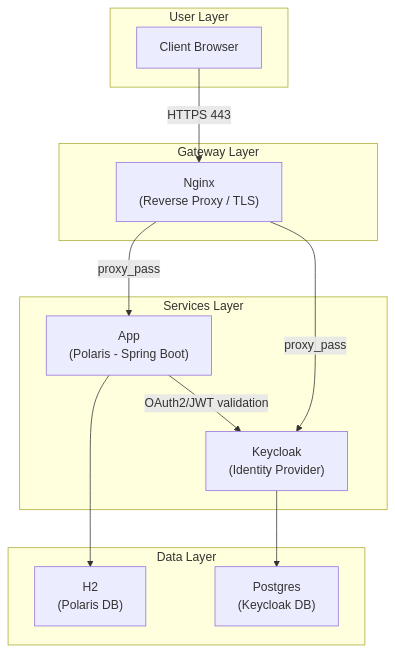
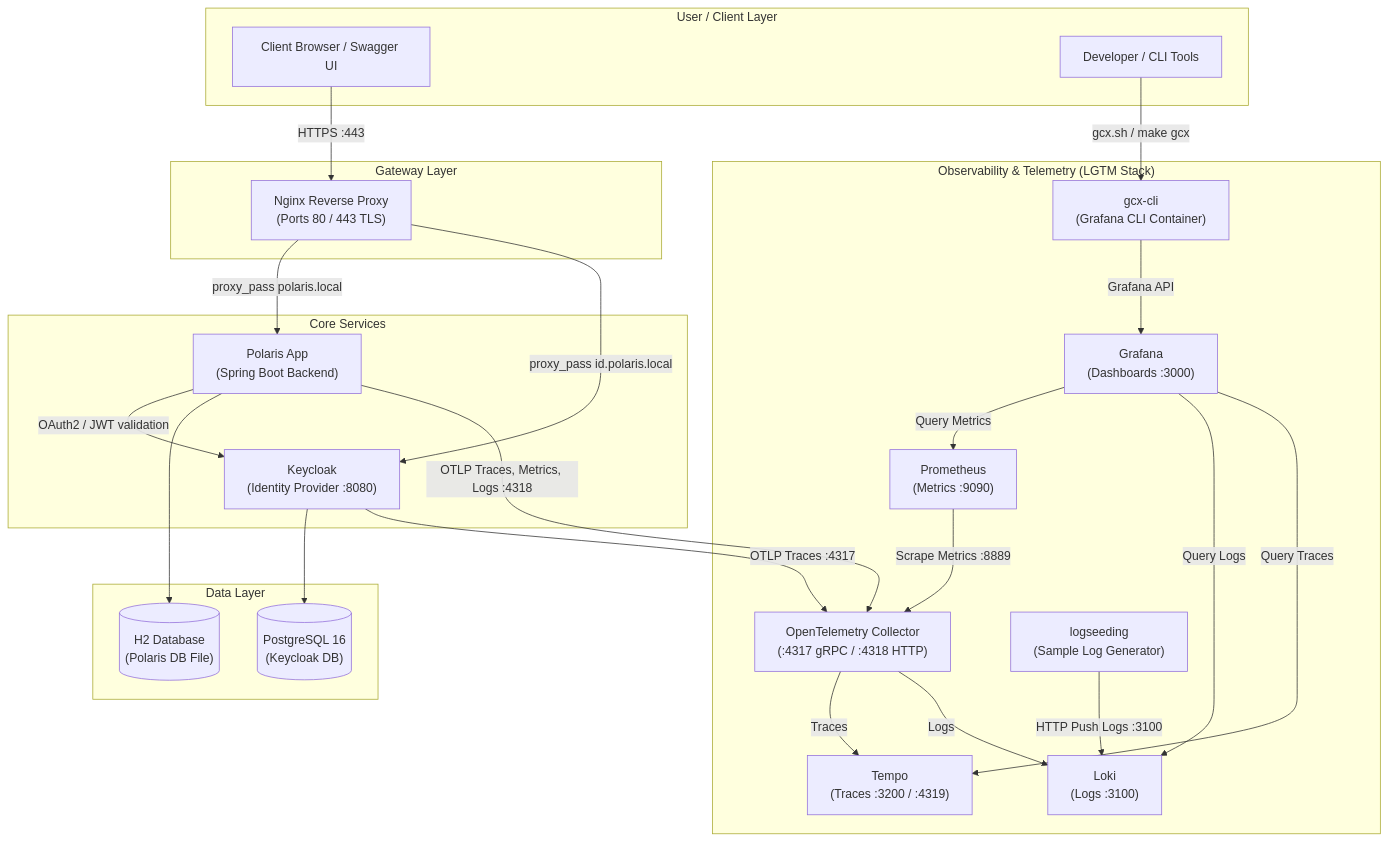
One commit to vungdv/hometask1 changed the diagram in src/java/03-Polaris/README.md. Above: the diagram before and after it, drawn with Mermaid. The commit also changed other lines of this file and 1 other file, not shown here.

Commit message:
gcx script for trace.

````diff
--- a/src/java/03-Polaris/README.md
+++ b/src/java/03-Polaris/README.md
@@ -14,27 +18,53 @@
 ```mermaid
 flowchart TB
-    subgraph L1["User Layer"]
-        Browser["Client Browser"]
+    subgraph L1["User / Client Layer"]
+        Browser["Client Browser / Swagger UI"]
+        DevCLI["Developer / CLI Tools"]
     end
 
     subgraph L2["Gateway Layer"]
-        Nginx["Nginx<br/>(Reverse Proxy / TLS)"]
+        Nginx["Nginx Reverse Proxy<br/>(Ports 80 / 443 TLS)"]
     end
 
-    subgraph L3["Services Layer"]
-        App["App<br/>(Polaris - Spring Boot)"]
-        Keycloak["Keycloak<br/>(Identity Provider)"]
+    subgraph L3["Core Services"]
+        App["Polaris App<br/>(Spring Boot Backend)"]
+        Keycloak["Keycloak<br/>(Identity Provider :8080)"]
     end
 
     subgraph L4["Data Layer"]
-        H2["H2<br/>(Polaris DB)"]
-        Postgres["Postgres<br/>(Keycloak DB)"]
+        H2[("H2 Database<br/>(Polaris DB File)")]
+        Postgres[("PostgreSQL 16<br/>(Keycloak DB)")]
     end
 
-    Browser -->|HTTPS 443| Nginx
-    Nginx -->|proxy_pass| App
-    Nginx -->|proxy_pass| Keycloak
-    App -->|OAuth2/JWT validation| Keycloak
+    subgraph L5["Observability & Telemetry (LGTM Stack)"]
+        OTel["OpenTelemetry Collector<br/>(:4317 gRPC / :4318 HTTP)"]
+        Tempo["Tempo<br/>(Traces :3200 / :4319)"]
+        Loki["Loki<br/>(Logs :3100)"]
+        Prometheus["Prometheus<br/>(Metrics :9090)"]
+        Grafana["Grafana<br/>(Dashboards :3000)"]
+        LogSeeder["logseeding<br/>(Sample Log Generator)"]
+        GCX["gcx-cli<br/>(Grafana CLI Container)"]
+    end
+
+    Browser -->|HTTPS :443| Nginx
+    Nginx -->|proxy_pass polaris.local| App
+    Nginx -->|proxy_pass id.polaris.local| Keycloak
+    App -->|OAuth2 / JWT validation| Keycloak
     App --> H2
     Keycloak --> Postgres
+
+    %% Telemetry flows
+    App -->|OTLP Traces, Metrics, Logs :4318| OTel
+    Keycloak -->|OTLP Traces :4317| OTel
+    OTel -->|Traces| Tempo
+    OTel -->|Logs| Loki
+    Prometheus -->|Scrape Metrics :8889| OTel
+
+    %% Visualization & Utilities
+    Grafana -->|Query Metrics| Prometheus
+    Grafana -->|Query Logs| Loki
+    Grafana -->|Query Traces| Tempo
+    LogSeeder -->|HTTP Push Logs :3100| Loki
+    DevCLI -->|gcx.sh / make gcx| GCX
+    GCX -->|Grafana API| Grafana
 ```
````
